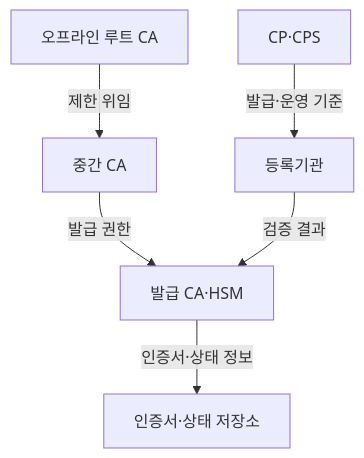
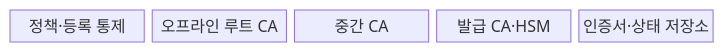
One commit to agnusdei1207/knowledge-base changed the first of 2 diagrams in src/content/docs/notes/05-security/009_certificate_authority.md. Above: the diagram before and after it, drawn with Mermaid. The commit also changed other lines of this file and 22 other files, not shown here.

````diff
--- a/src/content/docs/notes/05-security/009_certificate_authority.md
+++ b/src/content/docs/notes/05-security/009_certificate_authority.md
@@ -56,8 +58,9 @@
 ```mermaid
-flowchart TB
-    P["CP·CPS"] -->|"발급·운영 기준"| A["등록기관"]
-    R["오프라인 루트 CA"] -->|"제한 위임"| I["중간 CA"]
-    I -->|"발급 권한"| C["발급 CA·HSM"]
-    A -->|"검증 결과"| C
-    C -->|"인증서·상태 정보"| S["인증서·상태 저장소"]
+block-beta
+    columns 5
+    P["정책·등록 통제"]
+    R["오프라인 루트 CA"]
+    I["중간 CA"]
+    C["발급 CA·HSM"]
+    S["인증서·상태 저장소"]
 ```
````
